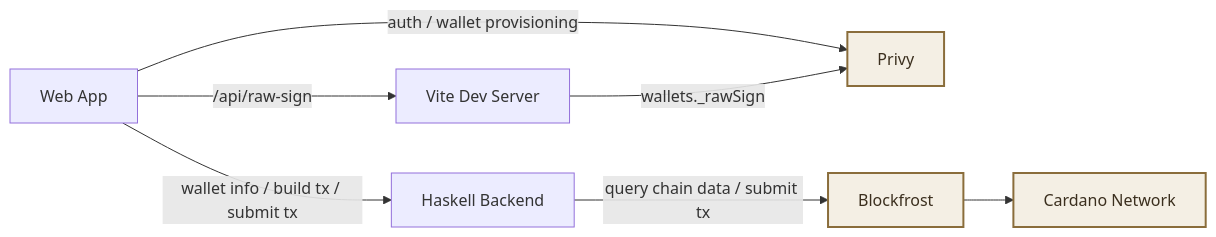
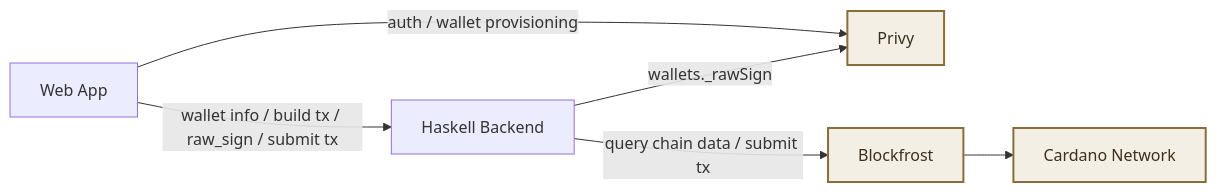
Before and after one commit to j-mueller/privy-cardano-poc: the first of 3 diagrams in README.md, drawn with Mermaid. The commit also changed other lines of this file, not shown here.

Commit message:
Update README for static frontend + Haskell raw_sign workflow

````diff
--- a/README.md
+++ b/README.md
@@ -11,19 +12,17 @@
 ```mermaid
 flowchart LR
   webapp[Web App]
-  vite_backend[Vite Dev Server]
   haskell_backend[Haskell Backend]
   privy[Privy]
   blockfrost[Blockfrost]
   cardano_network[Cardano Network]
 
-  webapp -- wallet info / build tx / submit tx --> haskell_backend
+  webapp -- wallet info / build tx / raw_sign / submit tx --> haskell_backend
   webapp -- auth / wallet provisioning --> privy
-  webapp -- /api/raw-sign --> vite_backend
-  vite_backend -- wallets._rawSign --> privy
+  haskell_backend -- wallets._rawSign --> privy
   haskell_backend -- query chain data / submit tx --> blockfrost
   blockfrost --> cardano_network
 
   classDef external fill:#f4efe4,stroke:#8a6d3b,stroke-width:2px,color:#3b2f1e;
   class privy,blockfrost,cardano_network external;
 ```
````
